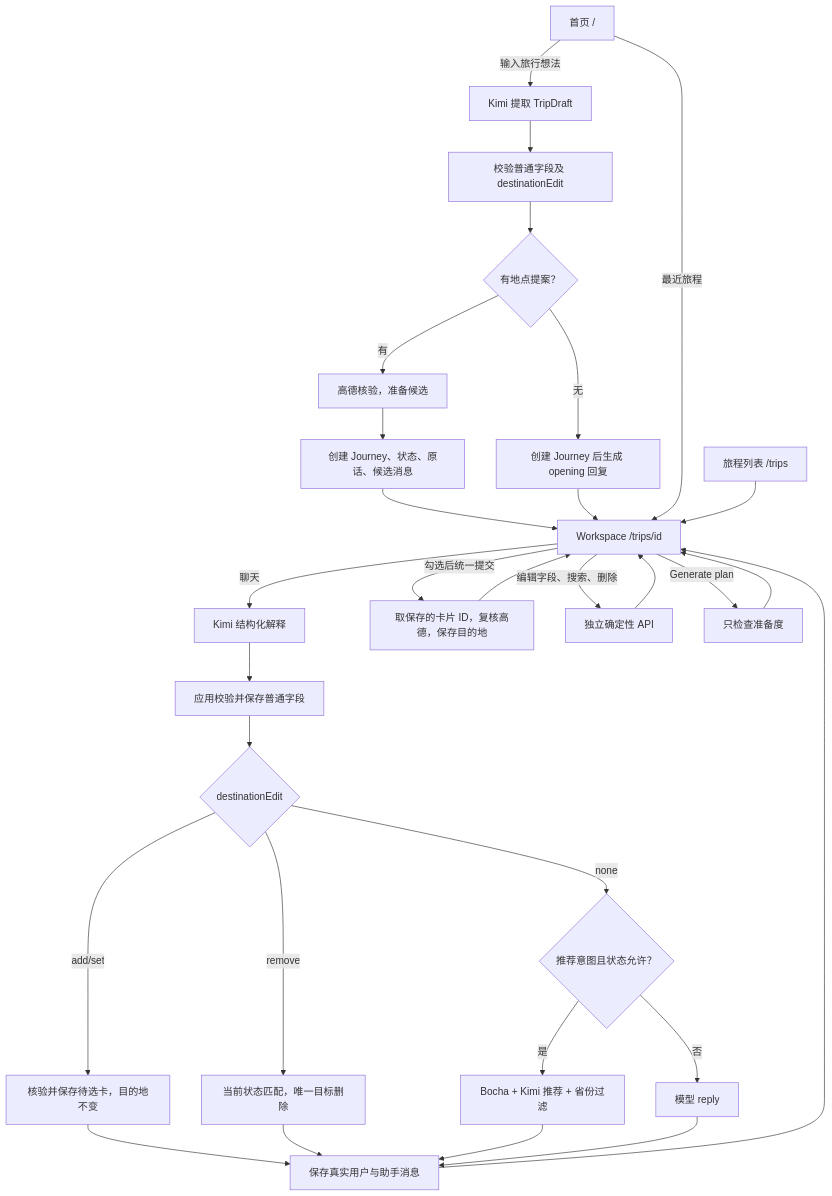
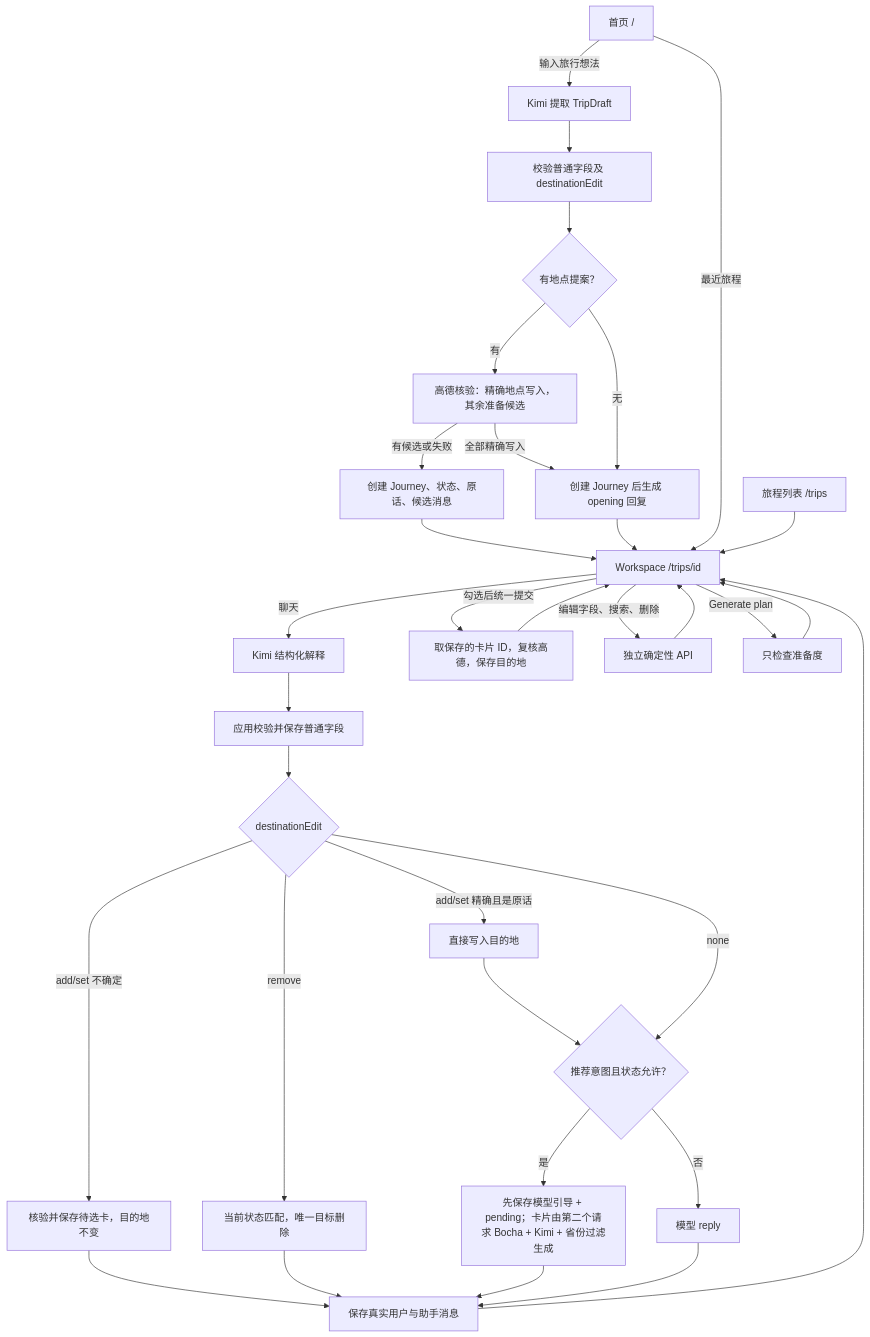
The first of 3 diagrams in docs/USER_FLOW_CURRENT.md (meiyulin22/Meri-Road-Trip), drawn with Mermaid before and after one commit. The commit also changed other lines of this file and 54 other files, not shown here.

````diff
--- a/docs/USER_FLOW_CURRENT.md
+++ b/docs/USER_FLOW_CURRENT.md
@@ -7,32 +7,35 @@
 ```mermaid
 flowchart TD
   A[首页 /] -->|输入旅行想法| B[Kimi 提取 TripDraft]
   B --> C[校验普通字段及 destinationEdit]
   C --> D{有地点提案？}
-  D -->|有| E[高德核验，准备候选]
-  E --> G[创建 Journey、状态、原话、候选消息]
+  D -->|有| E[高德核验：精确地点写入，其余准备候选]
+  E -->|有候选或失败| G[创建 Journey、状态、原话、候选消息]
+  E -->|全部精确写入| F
   D -->|无| F[创建 Journey 后生成 opening 回复]
   G --> W[Workspace /trips/id]
   F --> W
   A -->|最近旅程| W
   L[旅程列表 /trips] --> W
   W -->|聊天| I[Kimi 结构化解释]
   I --> J[应用校验并保存普通字段]
   J --> K{destinationEdit}
-  K -->|add/set| P[核验并保存待选卡，目的地不变]
+  K -->|add/set 精确且是原话| P2[直接写入目的地]
+  K -->|add/set 不确定| P[核验并保存待选卡，目的地不变]
+  P2 --> N
   K -->|remove| R[当前状态匹配，唯一目标删除]
   K -->|none| N{推荐意图且状态允许？}
-  N -->|是| S[Bocha + Kimi 推荐 + 省份过滤]
+  N -->|是| S[先保存模型引导 + pending；卡片由第二个请求 Bocha + Kimi + 省份过滤生成]
   N -->|否| T[模型 reply]
   P --> M[保存真实用户与助手消息]
   R --> M
   S --> M
   T --> M
   M --> W
   W -->|勾选后统一提交| V[取保存的卡片 ID，复核高德，保存目的地]
   W -->|编辑字段、搜索、删除| Q[独立确定性 API]
   W -->|Generate plan| H[只检查准备度]
   V --> W
   Q --> W
   H --> W
 ```
````
